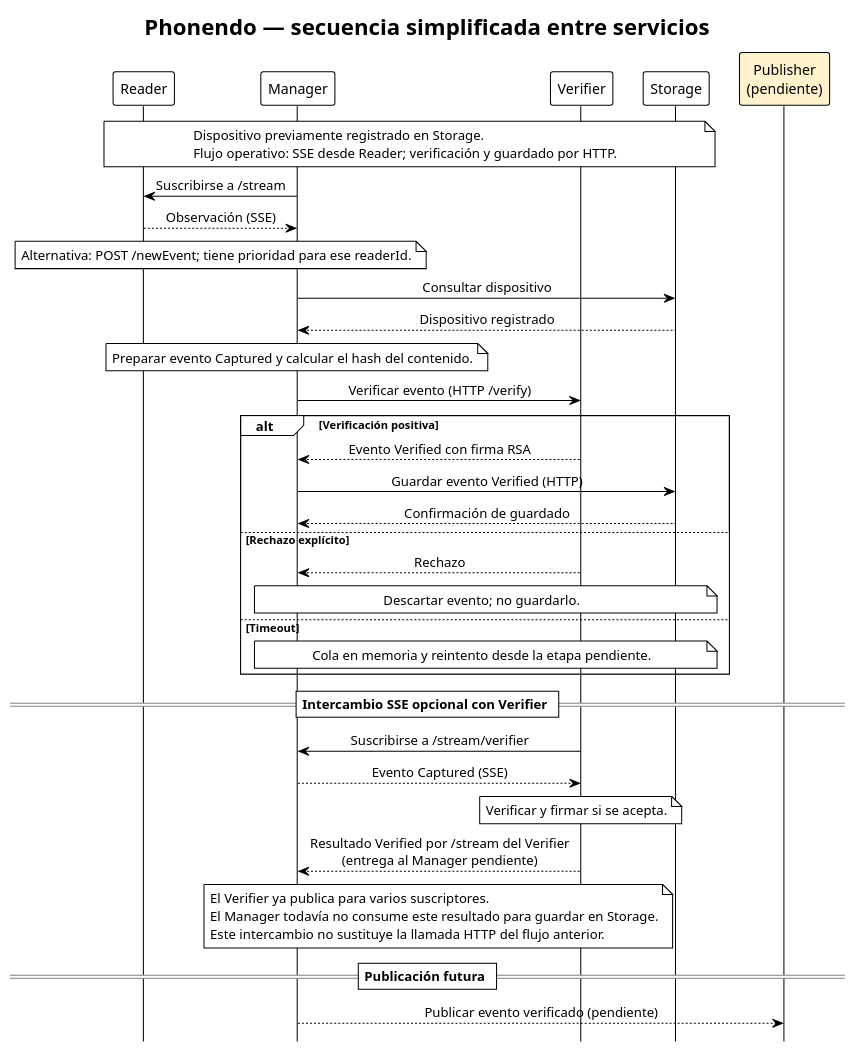
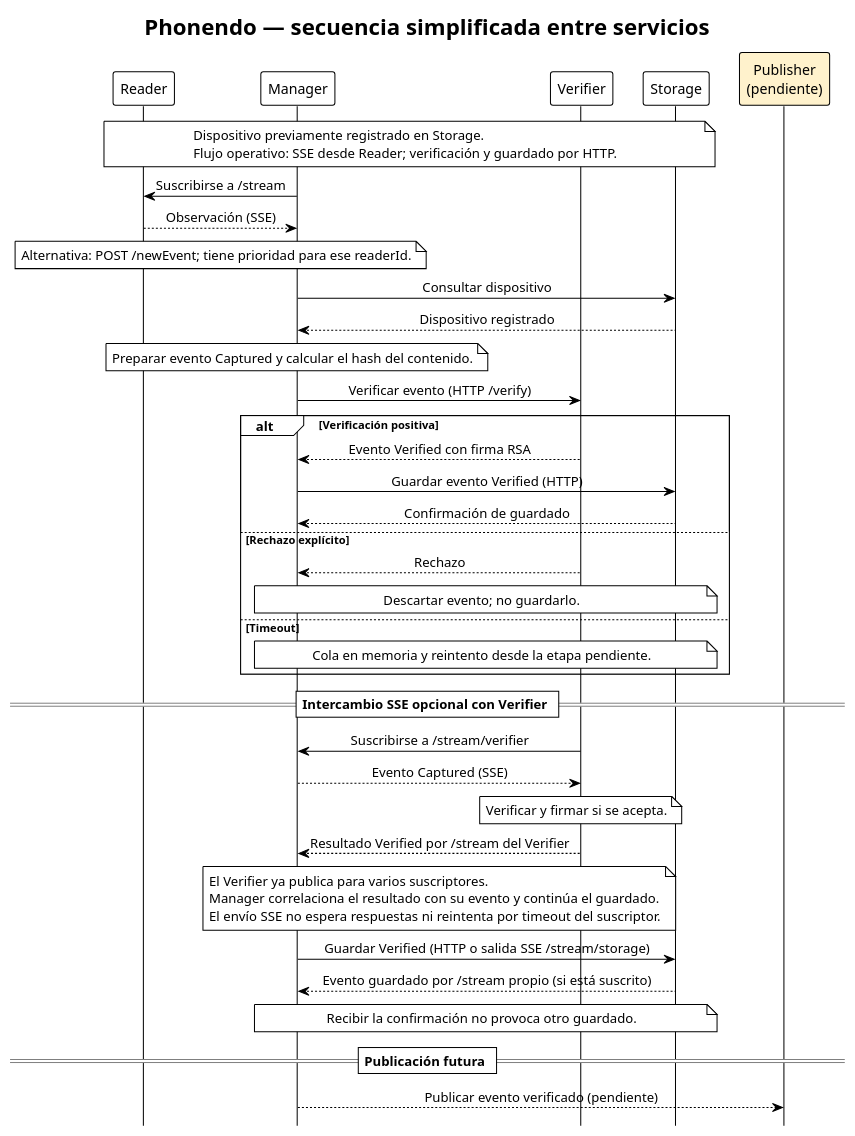
One commit to ParriCode/phonedo changed the diagram in docs/phonendo-secuencia.plantuml. Above: the diagram before and after it, drawn with PlantUML. The commit also changed 57 other files, not shown here.

```diff
--- a/docs/phonendo-secuencia.plantuml
+++ b/docs/phonendo-secuencia.plantuml
@@ -1,49 +1,53 @@
 @startuml phonendo_secuencia
 !theme plain
 hide footbox
 skinparam shadowing false
 skinparam sequenceMessageAlign center
 title Phonendo — secuencia simplificada entre servicios
 
 participant Reader as R
 participant Manager as M
 participant Verifier as V
 participant Storage as S
 participant "Publisher\n(pendiente)" as P #FFF2CC
 
 note over R,S
   Dispositivo previamente registrado en Storage.
   Flujo operativo: SSE desde Reader; verificación y guardado por HTTP.
 end note
 M -> R : Suscribirse a /stream
 R --> M : Observación (SSE)
 note over R,M : Alternativa: POST /newEvent; tiene prioridad para ese readerId.
 M -> S : Consultar dispositivo
 S --> M : Dispositivo registrado
 note over M : Preparar evento Captured y calcular el hash del contenido.
 M -> V : Verificar evento (HTTP /verify)
 alt Verificación positiva
   V --> M : Evento Verified con firma RSA
   M -> S : Guardar evento Verified (HTTP)
   S --> M : Confirmación de guardado
 else Rechazo explícito
   V --> M : Rechazo
   note over M,S : Descartar evento; no guardarlo.
 else Timeout
   note over M,S : Cola en memoria y reintento desde la etapa pendiente.
 end
 
 == Intercambio SSE opcional con Verifier ==
 V -> M : Suscribirse a /stream/verifier
 M --> V : Evento Captured (SSE)
 note over V : Verificar y firmar si se acepta.
-V --> M : Resultado Verified por /stream del Verifier\n(entrega al Manager pendiente)
+V --> M : Resultado Verified por /stream del Verifier
 note over M,V
   El Verifier ya publica para varios suscriptores.
-  El Manager todavía no consume este resultado para guardar en Storage.
-  Este intercambio no sustituye la llamada HTTP del flujo anterior.
+  Manager correlaciona el resultado con su evento y continúa el guardado.
+  El envío SSE no espera respuestas ni reintenta por timeout del suscriptor.
 end note
+
+M -> S : Guardar Verified (HTTP o salida SSE /stream/storage)
+S --> M : Evento guardado por /stream propio (si está suscrito)
+note over M,S : Recibir la confirmación no provoca otro guardado.
 
 == Publicación futura ==
 M --> P : Publicar evento verificado (pendiente)
 @enduml
```
